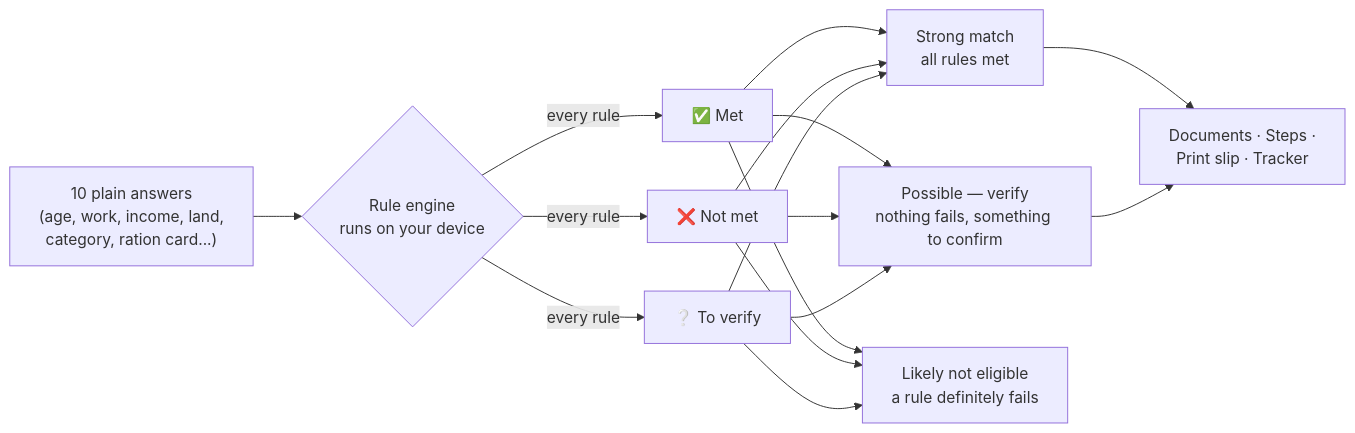
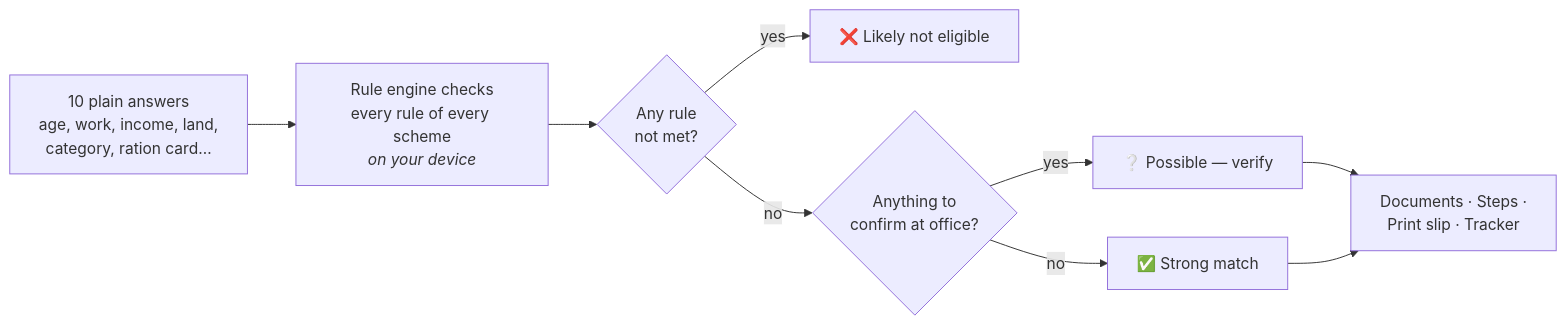
One commit to theanshdhyani/Yojana-Sarthi changed the first of 2 diagrams in README.md. Above: the diagram before and after it, drawn with Mermaid.

Commit message:
README: redraw the engine diagram as a clear decision path

````diff
--- a/README.md
+++ b/README.md
@@ -97,11 +97,11 @@
 ```mermaid
 flowchart LR
-    A["10 plain answers<br/>(age, work, income, land,<br/>category, ration card...)"] --> B{"Rule engine<br/>runs on your device"}
-    B -->|every rule| C["✅ Met"]
-    B -->|every rule| D["❌ Not met"]
-    B -->|every rule| E["❔ To verify"]
-    C & D & E --> F["Strong match<br/>all rules met"]
-    C & D & E --> G["Possible — verify<br/>nothing fails, something to confirm"]
-    C & D & E --> H["Likely not eligible<br/>a rule definitely fails"]
-    F & G --> I["Documents · Steps ·<br/>Print slip · Tracker"]
+    A["10 plain answers<br/>age, work, income, land,<br/>category, ration card…"] --> B["Rule engine checks<br/>every rule of every scheme<br/><i>on your device</i>"]
+    B --> Q1{"Any rule<br/>not met?"}
+    Q1 -->|yes| H["❌ Likely not eligible"]
+    Q1 -->|no| Q2{"Anything to<br/>confirm at office?"}
+    Q2 -->|yes| G["❔ Possible — verify"]
+    Q2 -->|no| F["✅ Strong match"]
+    G --> I["Documents · Steps ·<br/>Print slip · Tracker"]
+    F --> I
 ```
````
